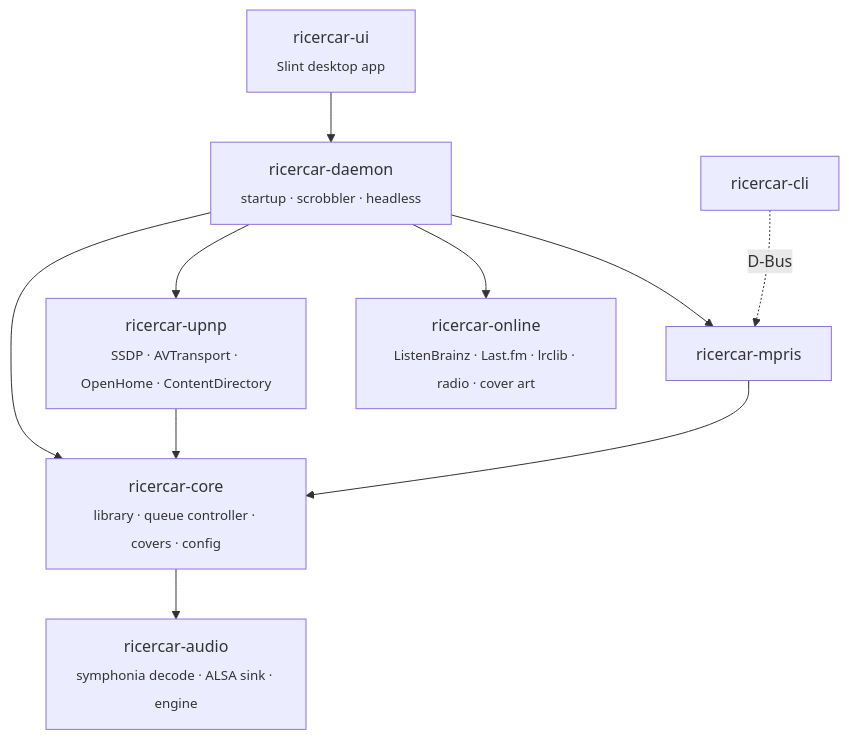
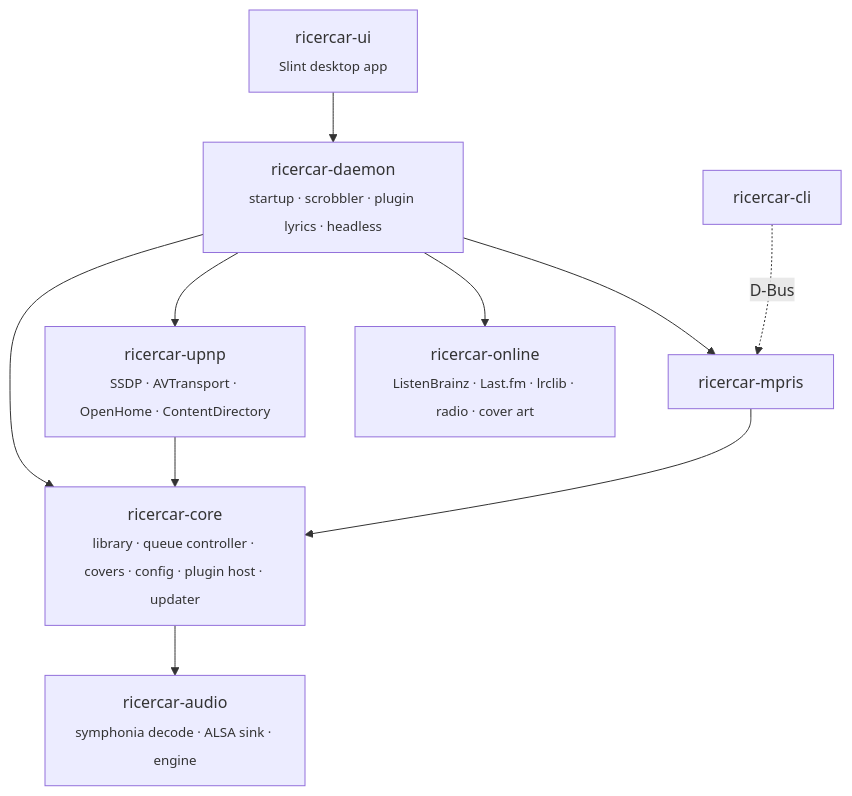
Before and after one commit to ricercar-player/ricercar: the second of 2 diagrams in README.md, drawn with Mermaid. The commit also changed other lines of this file, not shown here.

````diff
--- a/README.md
+++ b/README.md
@@ -460,18 +493,18 @@
 ```mermaid
 flowchart TB
     ui["ricercar-ui<br/><sub>Slint desktop app</sub>"]
-    daemon["ricercar-daemon<br/><sub>startup · scrobbler · headless</sub>"]
+    daemon["ricercar-daemon<br/><sub>startup · scrobbler · plugin lyrics · headless</sub>"]
     cli["ricercar-cli"]
-    core["ricercar-core<br/><sub>library · queue controller · covers · config</sub>"]
+    core["ricercar-core<br/><sub>library · queue controller · covers · config · plugin host · updater</sub>"]
     audio["ricercar-audio<br/><sub>symphonia decode · ALSA sink · engine</sub>"]
     upnp["ricercar-upnp<br/><sub>SSDP · AVTransport · OpenHome · ContentDirectory</sub>"]
     mpris["ricercar-mpris"]
     online["ricercar-online<br/><sub>ListenBrainz · Last.fm · lrclib · radio · cover art</sub>"]
 
     ui --> daemon
     daemon --> core & upnp & mpris & online
     upnp --> core
     mpris --> core
     core --> audio
     cli -. D-Bus .-> mpris
 ```
````
